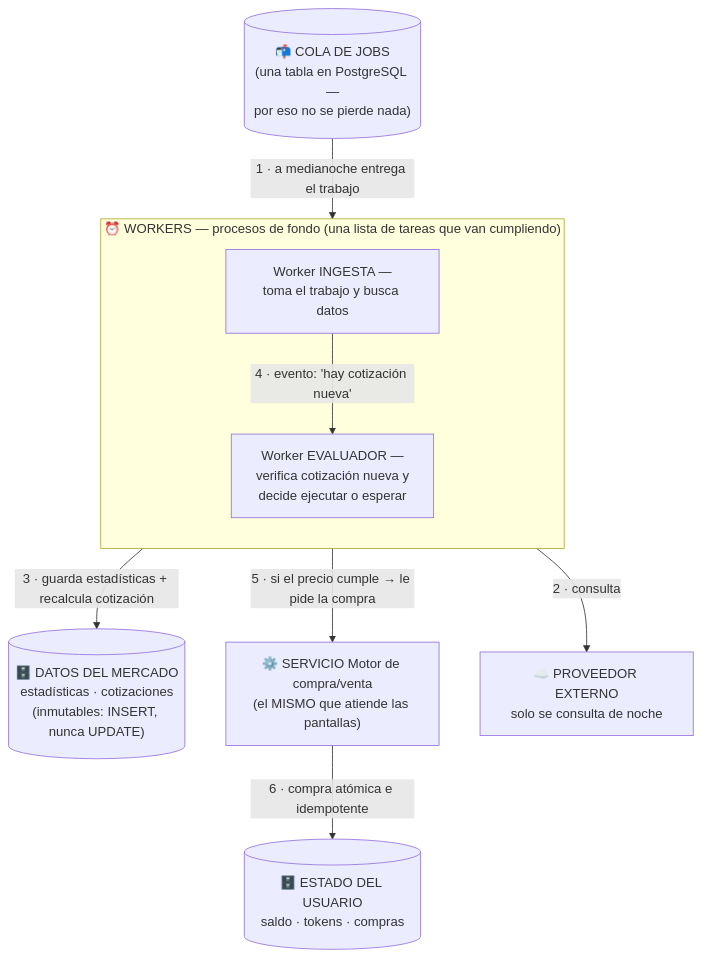
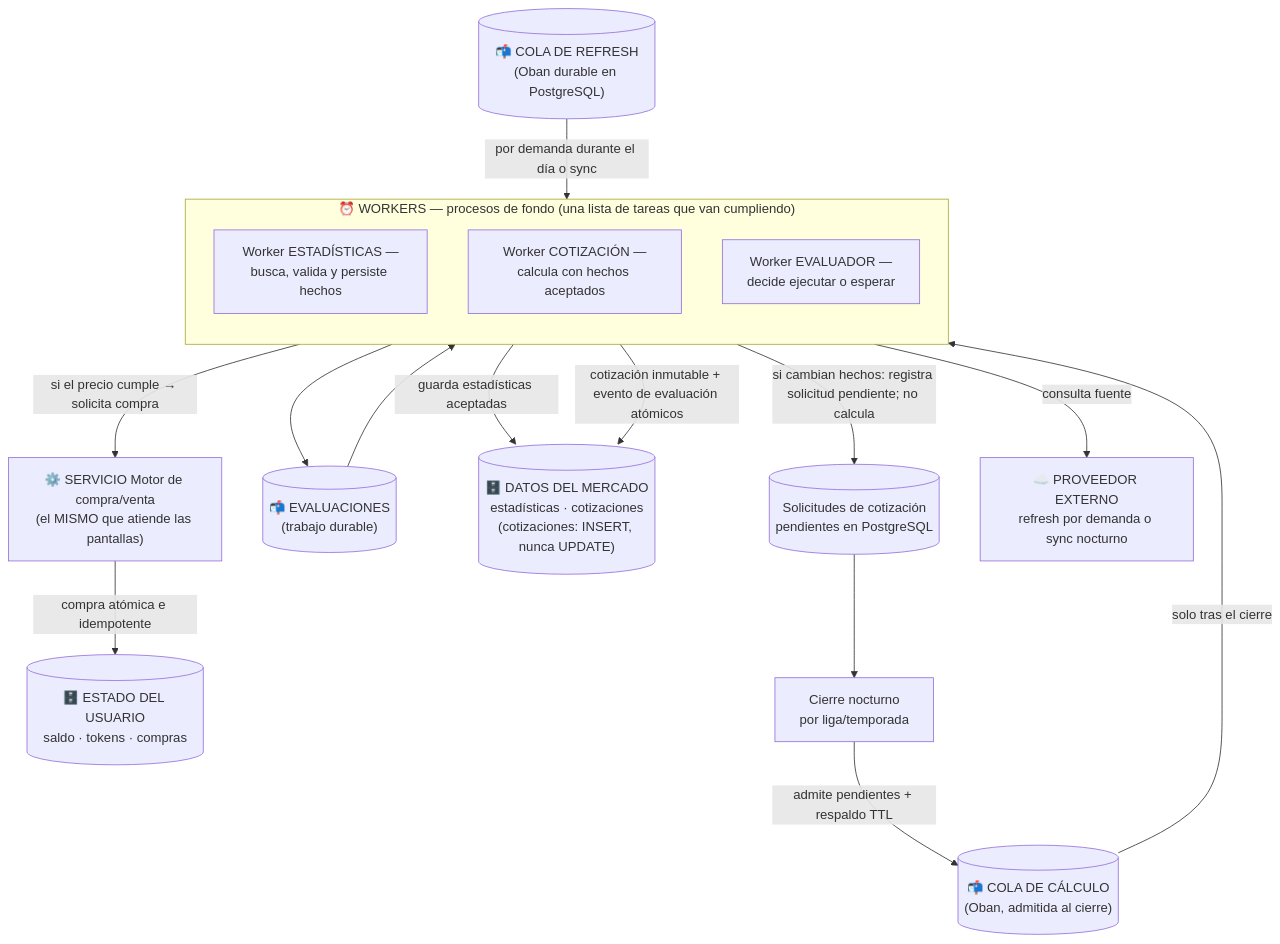
The second of 2 diagrams in docs/presentations/cp2_architectura_completa.md (CorreaSebastianEmanuel/desapp-grupo-m-2026s2), drawn with Mermaid before and after one commit. The commit also changed other lines of this file and 39 other files, not shown here.

````diff
--- a/docs/presentations/cp2_architectura_completa.md
+++ b/docs/presentations/cp2_architectura_completa.md
@@ -57,21 +58,32 @@
 ```mermaid
 flowchart TB
-    Q[("📬 COLA DE JOBS<br/>(una tabla en PostgreSQL —<br/>por eso no se pierde nada)")]
-    D1[("🗄️ DATOS DEL MERCADO<br/>estadísticas · cotizaciones<br/>(inmutables: INSERT, nunca UPDATE)")]
+    Q_STATS[("📬 COLA DE REFRESH<br/>(Oban durable en PostgreSQL)")]
+    PENDING[("Solicitudes de cotización<br/>pendientes en PostgreSQL")]
+    Q_QUOTES[("📬 COLA DE CÁLCULO<br/>(Oban, admitida al cierre)")]
+    Q_EVAL[("📬 EVALUACIONES<br/>(trabajo durable)")]
+    D1[("🗄️ DATOS DEL MERCADO<br/>estadísticas · cotizaciones<br/>(cotizaciones: INSERT, nunca UPDATE)")]
     D2[("🗄️ ESTADO DEL USUARIO<br/>saldo · tokens · compras")]
     S1["⚙️ SERVICIO Motor de compra/venta<br/>(el MISMO que atiende las pantallas)"]
-    EXT["☁️ PROVEEDOR EXTERNO<br/>solo se consulta de noche"]
+    EXT["☁️ PROVEEDOR EXTERNO<br/>refresh por demanda o sync nocturno"]
+    CLOSE["Cierre nocturno<br/>por liga/temporada"]
 
     subgraph WK["⏰ WORKERS — procesos de fondo (una lista de tareas que van cumpliendo)"]
         direction TB
-        W1["Worker INGESTA —<br/>toma el trabajo y busca datos"]
-        W2["Worker EVALUADOR —<br/>verifica cotización nueva y<br/>decide ejecutar o esperar"]
+        W1["Worker ESTADÍSTICAS —<br/>busca, valida y persiste hechos"]
+        W2["Worker COTIZACIÓN —<br/>calcula con hechos aceptados"]
+        W3["Worker EVALUADOR —<br/>decide ejecutar o esperar"]
     end
 
-    Q -->|"1 · a medianoche entrega el trabajo"| W1
-    W1 -->|"2 · consulta"| EXT
-    W1 -->|"3 · guarda estadísticas + recalcula cotización"| D1
-    W1 -->|"4 · evento: 'hay cotización nueva'"| W2
-    W2 -->|"5 · si el precio cumple → le pide la compra"| S1
-    S1 -->|"6 · compra atómica e idempotente"| D2
+    Q_STATS -->|"por demanda durante el día o sync"| W1
+    W1 -->|"consulta fuente"| EXT
+    W1 -->|"guarda estadísticas aceptadas"| D1
+    W1 -->|"si cambian hechos: registra solicitud pendiente; no calcula"| PENDING
+    CLOSE -->|"admite pendientes + respaldo TTL"| Q_QUOTES
+    PENDING --> CLOSE
+    Q_QUOTES -->|"solo tras el cierre"| W2
+    W2 -->|"cotización inmutable + evento de evaluación atómicos"| D1
+    W2 --> Q_EVAL
+    Q_EVAL --> W3
+    W3 -->|"si el precio cumple → solicita compra"| S1
+    S1 -->|"compra atómica e idempotente"| D2
 ```
````
